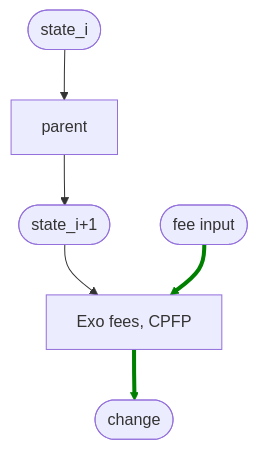
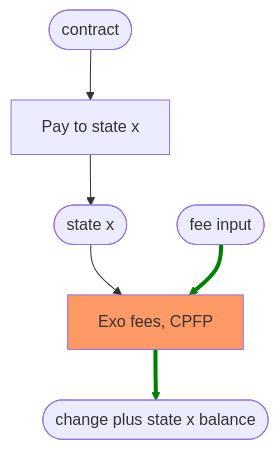
The fourth of 10 diagrams in archive/rendered-topics/2024-02-February/2024-02-01-taxonomy-of-transaction-fees-in-smart-contracts-id512.md (jamesob/delving-bitcoin-archive), drawn with Mermaid before and after one commit. The commit also changed other lines of this file and 2 other files, not shown here.

````diff
--- a/archive/rendered-topics/2024-02-February/2024-02-01-taxonomy-of-transaction-fees-in-smart-contracts-id512.md
+++ b/archive/rendered-topics/2024-02-February/2024-02-01-taxonomy-of-transaction-fees-in-smart-contracts-id512.md
@@ -116,11 +130,12 @@
 ```mermaid height=450,auto
 flowchart TD
-    Pi([state_i]) --> P[parent]
-    P --> Po([state_i+1])
-    Po --> C[Exo fees, CPFP]
+    Pi([contract]) --> P[Pay to state x]
+    P --> Po([state x])
+    Po --> C[Exo fees, CPFP]:::rbf
     fee([fee input]) --> C
-    C --> Co([change])
+    C --> Co([change plus state x balance])
     
+    classDef rbf fill:#f96
     linkStyle 3 stroke-width:4px,stroke:green
     linkStyle 4 stroke-width:4px,stroke:green
 ```
````
